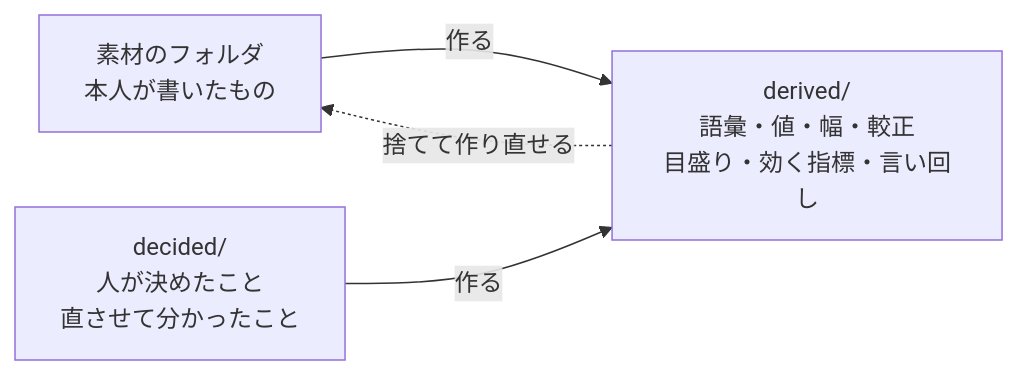
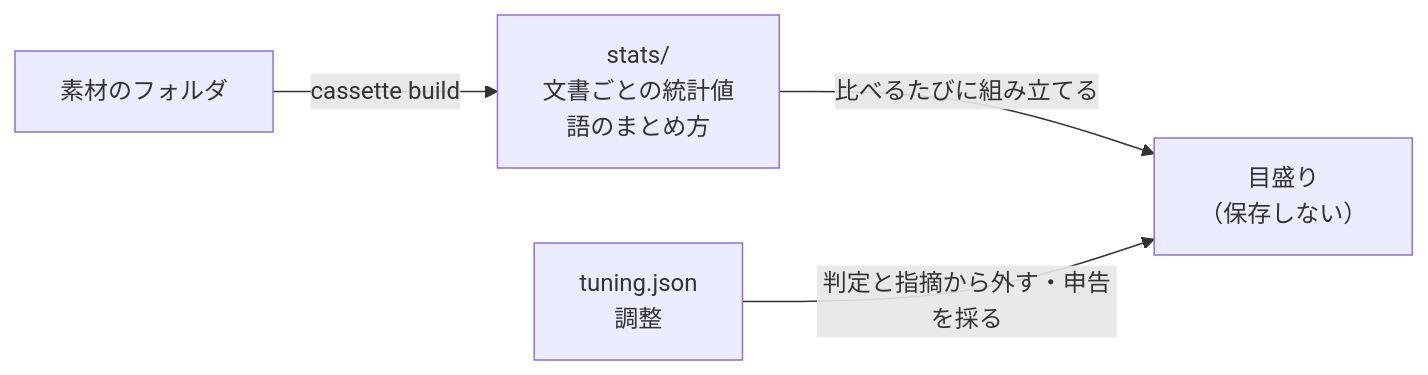
One commit to lambdalisue/kuchiyose changed the diagram in docs/design/100-cassette.md. Above: the diagram before and after it, drawn with Mermaid. The commit also changed other lines of this file and 20 other files, not shown here.

````diff
--- a/docs/design/100-cassette.md
+++ b/docs/design/100-cassette.md
@@ -23,9 +25,10 @@
 ```mermaid
 flowchart LR
-  src["素材のフォルダ<br/>本人が書いたもの"]
-  decided["decided/<br/>人が決めたこと<br/>直させて分かったこと"]
-  derived["derived/<br/>語彙・値・幅・較正<br/>目盛り・効く指標・言い回し"]
-  src -->|"作る"| derived
-  decided -->|"作る"| derived
-  derived -.->|"捨てて作り直せる"| src
+  src["素材のフォルダ"]
+  stats["stats/<br/>文書ごとの統計値<br/>語のまとめ方"]
+  tuning["tuning.json<br/>調整"]
+  scale["目盛り<br/>（保存しない）"]
+  src -->|"cassette build"| stats
+  stats -->|"比べるたびに組み立てる"| scale
+  tuning -->|"判定と指摘から外す・申告を採る"| scale
 ```
````
